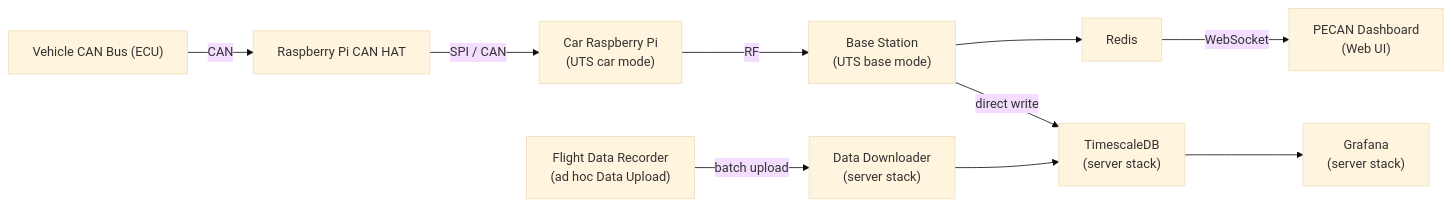
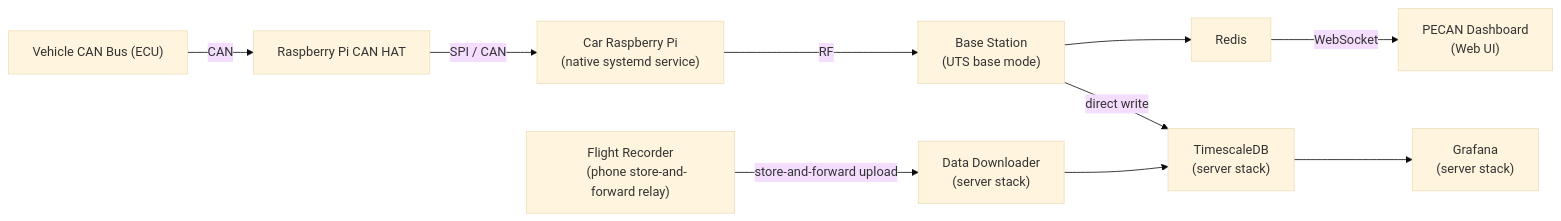
One commit to Western-Formula-Racing/data-acquisition changed the diagram in README.md. Above: the diagram before and after it, drawn with Mermaid (base theme). The commit also changed other lines of this file and 111 other files, not shown here.

````diff
--- a/README.md
+++ b/README.md
@@ -22,30 +32,30 @@
 ```mermaid
 flowchart LR
     ECU["Vehicle CAN Bus (ECU)"]
     HAT["Raspberry Pi CAN HAT"]
     EDGE["Car Raspberry Pi
-    (UTS car mode)"]
+    (native systemd service)"]
     BASE["Base Station
     (UTS base mode)"]
     REDIS["Redis"]
     DASH["PECAN Dashboard
     (Web UI)"]
     TIMESERIES["TimescaleDB
     (server stack)"]
     GRAFANA["Grafana
     (server stack)"]
-    FLIGHTREC["Flight Data Recorder
-    (ad hoc Data Upload)"]
+    FLIGHTREC["Flight Recorder
+    (phone store-and-forward relay)"]
     DOWNLOADER["Data Downloader
     (server stack)"]
 
     ECU -->|CAN| HAT
     HAT -->|SPI / CAN| EDGE
     EDGE -->|RF| BASE
     BASE --> REDIS
     REDIS -->|WebSocket| DASH
     BASE -->|direct write| TIMESERIES
     TIMESERIES --> GRAFANA
-    FLIGHTREC -->|batch upload| DOWNLOADER
+    FLIGHTREC -->|store-and-forward upload| DOWNLOADER
     DOWNLOADER --> TIMESERIES
 ```
````
